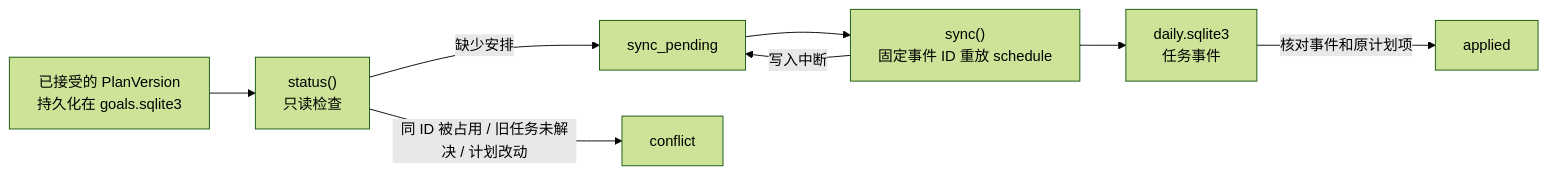
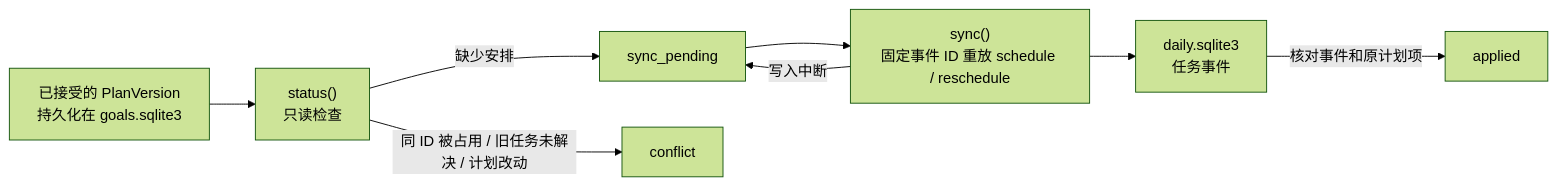
One commit to johnnyzhang-eng/career-workbench changed the diagram in docs/goal-daily-bridge.md. Above: the diagram before and after it, drawn with Mermaid (forest theme). The commit also changed other lines of this file and 4 other files, not shown here.

````diff
--- a/docs/goal-daily-bridge.md
+++ b/docs/goal-daily-bridge.md
@@ -12,10 +12,10 @@
 ```mermaid
 flowchart LR
   G["已接受的 PlanVersion\n持久化在 goals.sqlite3"] --> S["status()\n只读检查"]
   S -->|缺少安排| P["sync_pending"]
-  P --> R["sync()\n固定事件 ID 重放 schedule"]
+  P --> R["sync()\n固定事件 ID 重放 schedule / reschedule"]
   R --> D["daily.sqlite3\n任务事件"]
   D -->|核对事件和原计划项| A["applied"]
   S -->|同 ID 被占用 / 旧任务未解决 / 计划改动| C["conflict"]
   R -->|写入中断| P
 ```
````
